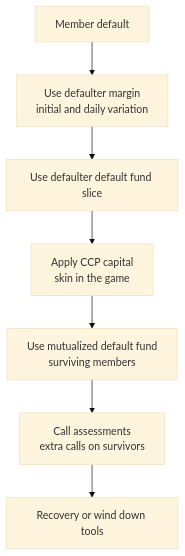
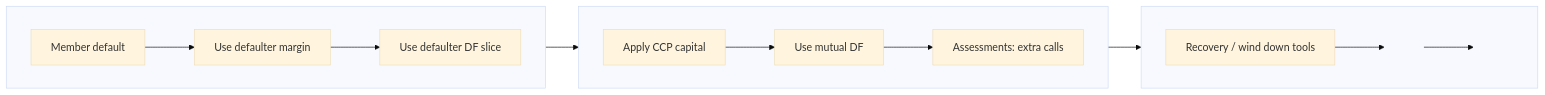
Before and after one commit to CheickPaul/Finance-Python-Learning-Portfolio: the third of 3 diagrams in epat--quantinsti/modules/m01_epat_primer/primer02_stock_market_basics/notes_stock_market_basics.md, drawn with Mermaid (base theme).

Commit message:
Revise stock market basics flowchart layout
Updated the flowchart to a new layout with subgraphs for better organization and clarity.

````diff
--- a/epat--quantinsti/modules/m01_epat_primer/primer02_stock_market_basics/notes_stock_market_basics.md
+++ b/epat--quantinsti/modules/m01_epat_primer/primer02_stock_market_basics/notes_stock_market_basics.md
@@ -357,9 +357,30 @@
   ```mermaid
-  flowchart TD
-  A[Member default] --> B[Use defaulter margin<br/>initial and daily variation]
-  B --> C[Use defaulter default fund slice]
-  C --> D[Apply CCP capital<br/>skin in the game]
-  D --> E[Use mutualized default fund<br/>surviving members]
-  E --> F[Call assessments<br/>extra calls on survivors]
-  F --> G[Recovery or wind down tools]
+  flowchart LR
+classDef spacer fill:none,stroke:none;
+
+%% Row 1
+subgraph R1[ ]
+direction LR
+  A[Member default] --> B[Use defaulter margin]
+  B --> C[Use defaulter DF slice]
+end
+
+%% Row 2
+subgraph R2[ ]
+direction LR
+  D[Apply CCP capital] --> E[Use mutual DF]
+  E --> F[Assessments: extra calls]
+end
+
+%% Row 3 (pad with spacers to keep 3 slots)
+subgraph R3[ ]
+direction LR
+  G[Recovery / wind down tools] --> S1[ ] --> S2[ ]
+end
+
+%% Vertical flow between rows
+C --> D
+F --> G
+
+class S1,S2 spacer;
 ```
````
